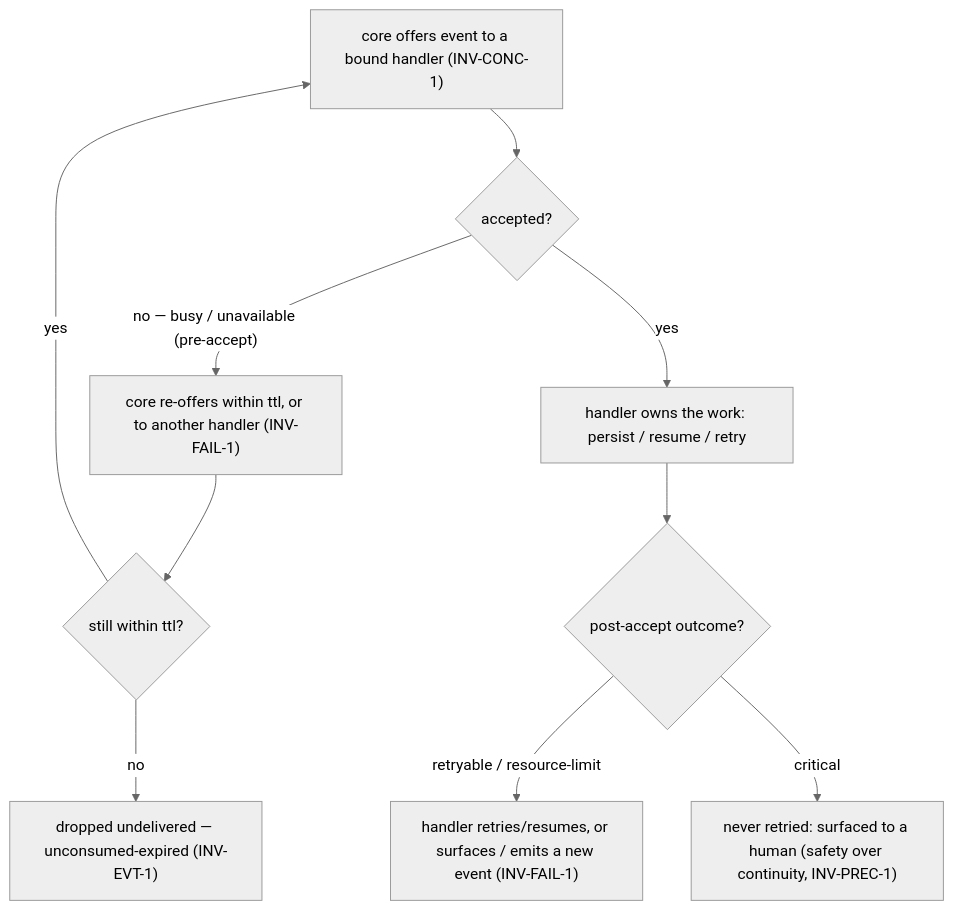
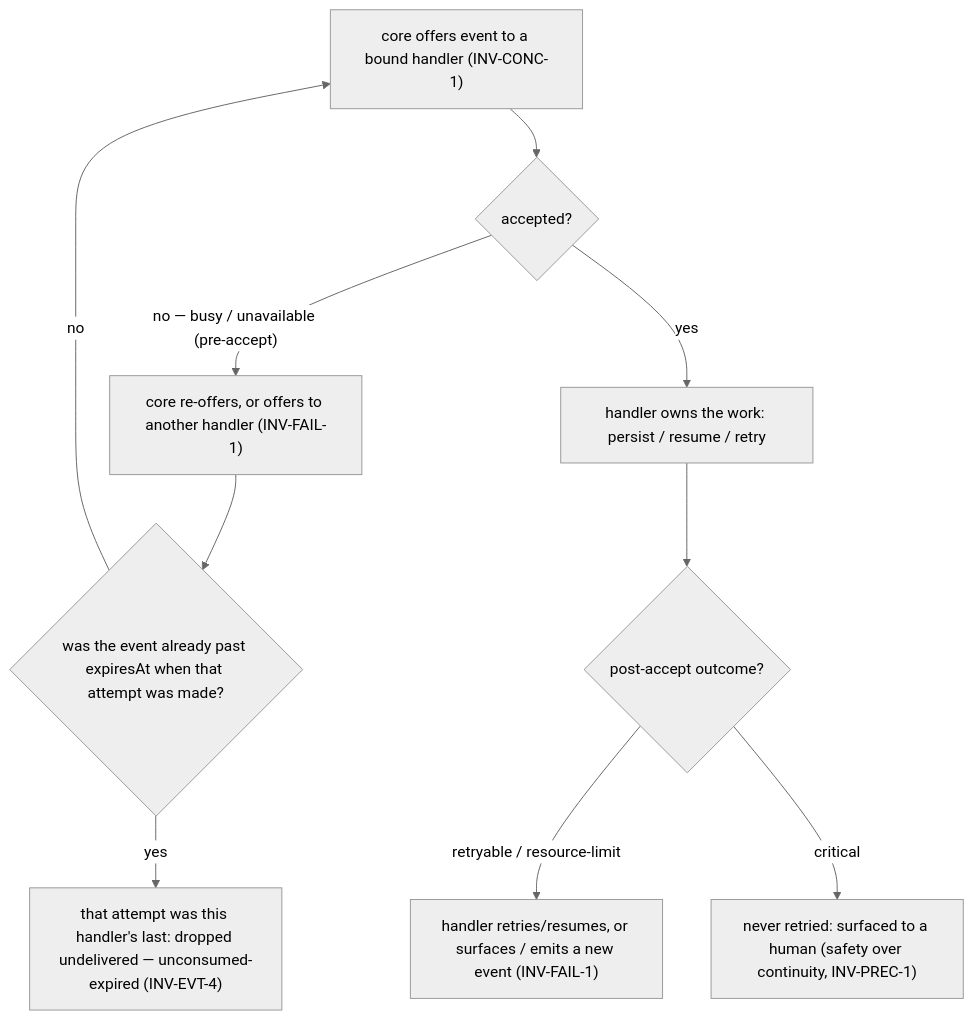
The tenth of 13 diagrams in packages/pr-pool/docs/behavior/journeys.md (phillipgreenii/nix-agent-support), drawn with Mermaid (neutral theme) before and after one commit. The commit also changed other lines of this file and 11 other files, not shown here.

````diff
--- a/packages/pr-pool/docs/behavior/journeys.md
+++ b/packages/pr-pool/docs/behavior/journeys.md
@@ -408,12 +411,12 @@
 ```mermaid
 flowchart TD
     off["core offers event to a bound handler (INV-CONC-1)"] --> acc{"accepted?"}
-    acc -->|"no — busy / unavailable (pre-accept)"| reoff["core re-offers within ttl, or to another handler (INV-FAIL-1)"]
-    reoff --> ttl{"still within ttl?"}
-    ttl -->|yes| off
-    ttl -->|no| drop["dropped undelivered — unconsumed-expired (INV-EVT-1)"]
+    acc -->|"no — busy / unavailable (pre-accept)"| reoff["core re-offers, or offers to another handler (INV-FAIL-1)"]
+    reoff --> exp{"was the event already past expiresAt when that attempt was made?"}
+    exp -->|no| off
+    exp -->|yes| drop["that attempt was this handler's last: dropped undelivered — unconsumed-expired (INV-EVT-4)"]
     acc -->|yes| own["handler owns the work: persist / resume / retry"]
     own --> out{"post-accept outcome?"}
     out -->|retryable / resource-limit| surf["handler retries/resumes, or surfaces / emits a new event (INV-FAIL-1)"]
     out -->|critical| human["never retried: surfaced to a human (safety over continuity, INV-PREC-1)"]
 ```
````
